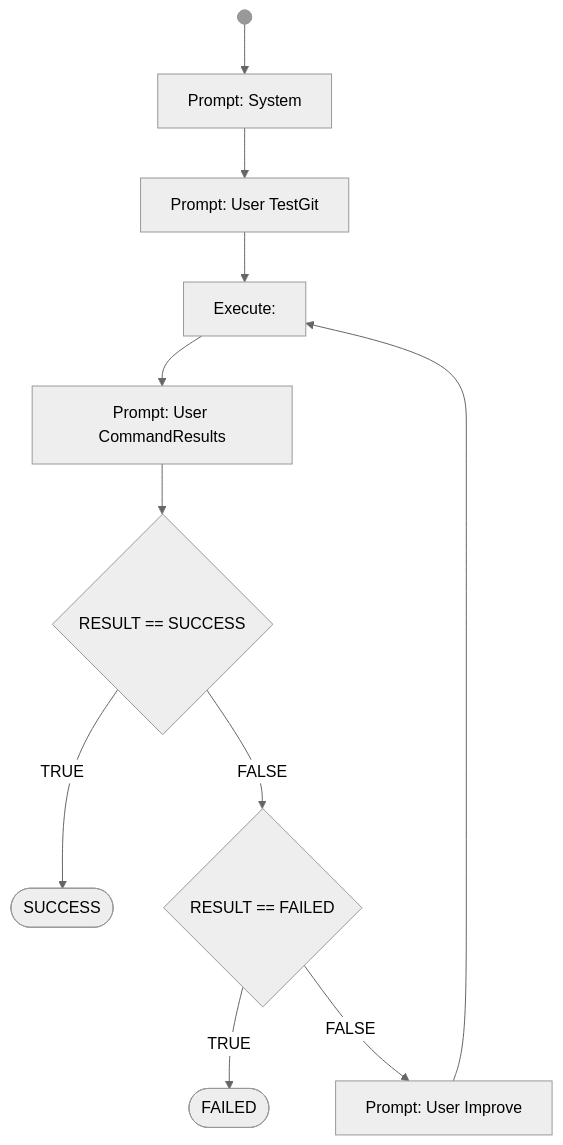
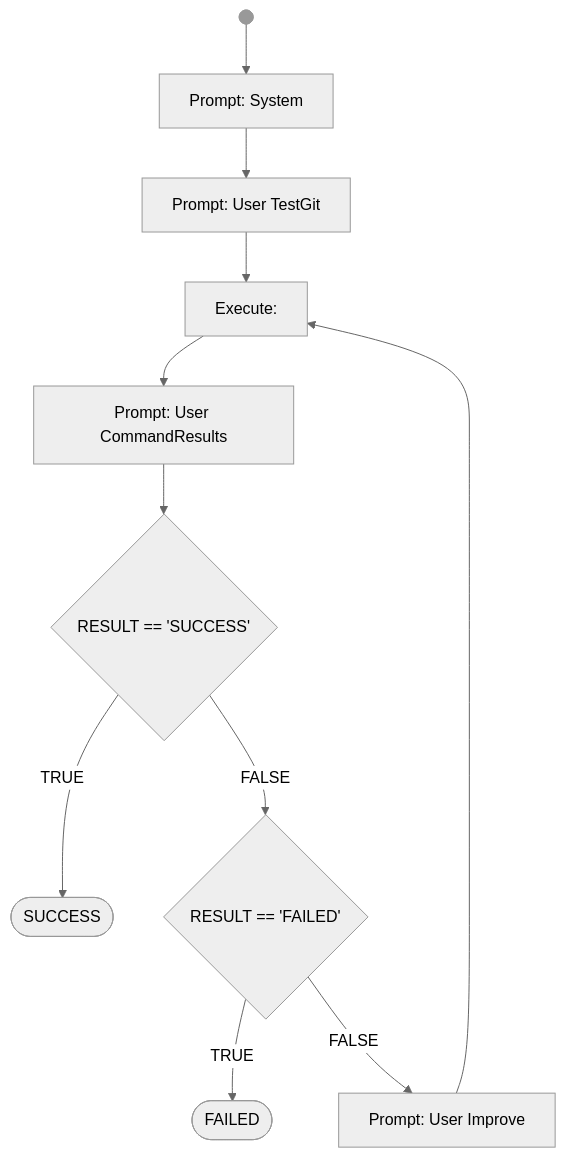
Before and after one commit to BernLeWal/AICodeMentor: the diagram in workflows/check-toolchain.wf.md, drawn with Mermaid (neutral theme). The commit also changed other lines of this file and 8 other files, not shown here.

````diff
--- a/workflows/check-toolchain.wf.md
+++ b/workflows/check-toolchain.wf.md
@@ -7,20 +7,20 @@
 ```mermaid
 flowchart TD
     START@{ shape: f-circ, label:"start"} --> PROMPT_SYSTEM
 
     PROMPT_SYSTEM[Prompt: System] --> PROMPT_TESTGIT
     PROMPT_TESTGIT[Prompt: User TestGit] --> EXECUTE_OUTPUT
     EXECUTE_OUTPUT[Execute: ] --> PROMPT_CMDRESULTS
 
-    PROMPT_CMDRESULTS[Prompt: User CommandResults] --> CHECK_RESULT_SUCCESS{RESULT == SUCCESS}
+    PROMPT_CMDRESULTS[Prompt: User CommandResults] --> CHECK_RESULT_SUCCESS{RESULT == 'SUCCESS'}
     CHECK_RESULT_SUCCESS --> |TRUE| SUCCESS
-    CHECK_RESULT_SUCCESS --> |FALSE| CHECK_RESULT_FAILED{RESULT == FAILED} 
+    CHECK_RESULT_SUCCESS --> |FALSE| CHECK_RESULT_FAILED{RESULT == 'FAILED'} 
 
     CHECK_RESULT_FAILED --> |TRUE| FAILED
     CHECK_RESULT_FAILED --> |FALSE| PROMPT_IMPROVE
 
     PROMPT_IMPROVE[Prompt: User Improve] --> EXECUTE_OUTPUT
     
     SUCCESS@{ shape: stadium  }
     FAILED@{ shape: stadium }
 ```
````
